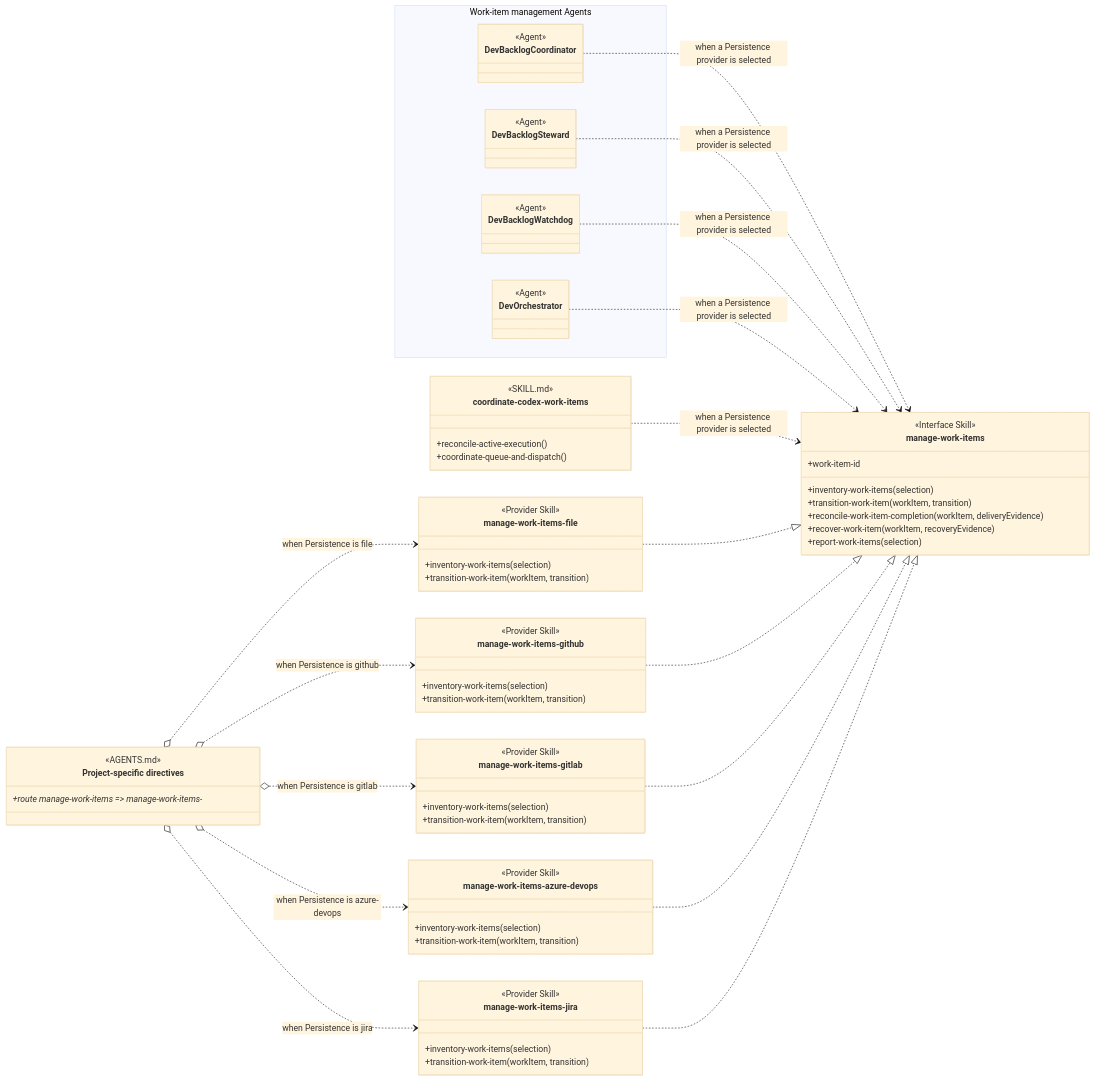
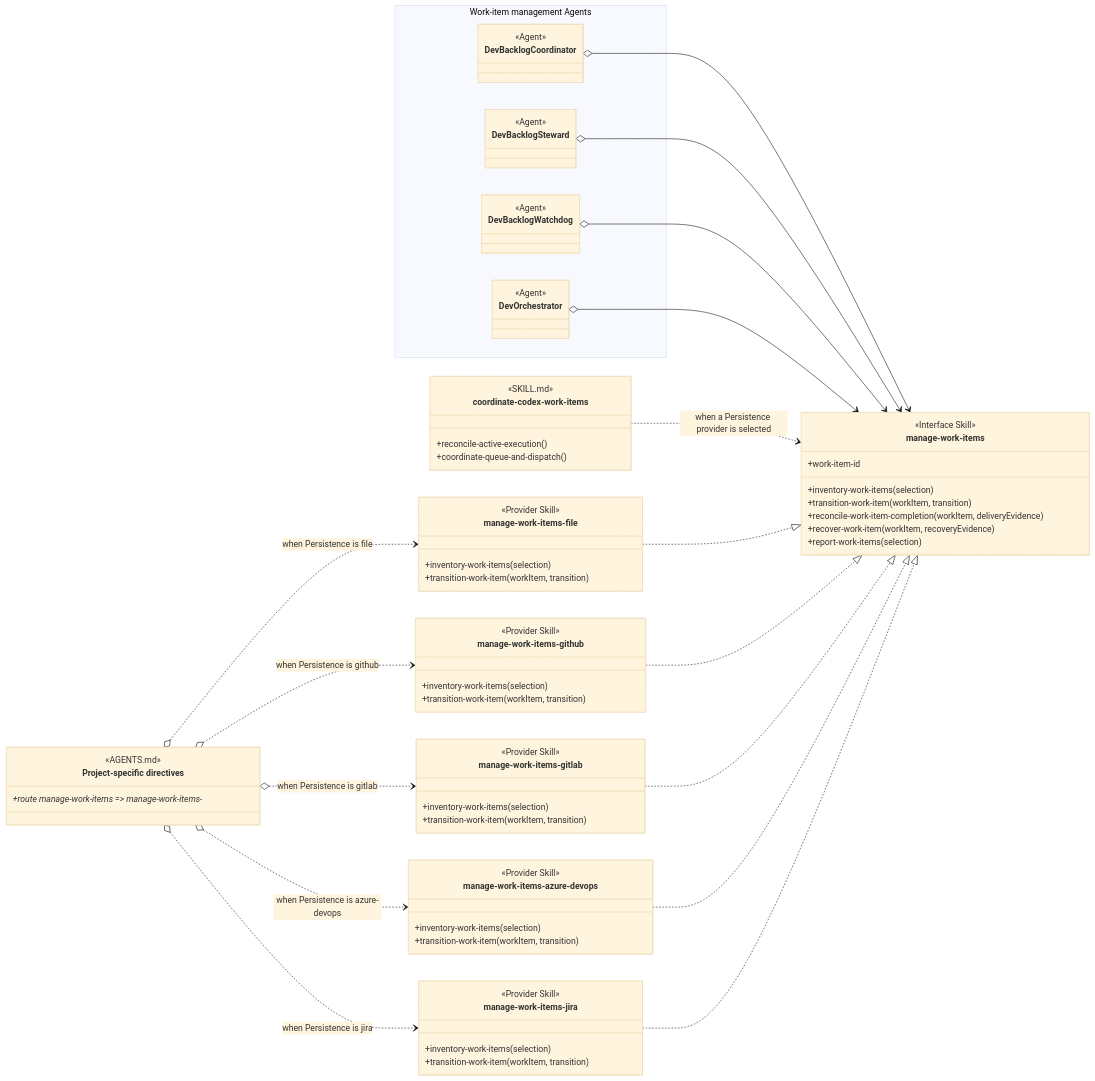
One commit to martinbechard/dev-methodology changed the third of 5 diagrams in design/skill-groups/backlog-management.md. Above: the diagram before and after it, drawn with Mermaid (base theme). The commit also changed 4 other files, not shown here.

```diff
--- a/design/skill-groups/backlog-management.md
+++ b/design/skill-groups/backlog-management.md
@@ -188,10 +188,10 @@
         +transition-work-item(workItem, transition)
     }
 
-    DevBacklogCoordinator ..> ManageWorkItem : when a Persistence provider is selected
-    DevBacklogSteward ..> ManageWorkItem : when a Persistence provider is selected
-    DevBacklogWatchdog ..> ManageWorkItem : when a Persistence provider is selected
-    DevOrchestrator ..> ManageWorkItem : when a Persistence provider is selected
+    DevBacklogCoordinator o--> ManageWorkItem
+    DevBacklogSteward o--> ManageWorkItem
+    DevBacklogWatchdog o--> ManageWorkItem
+    DevOrchestrator o--> ManageWorkItem
     coordinate-codex-work-items ..> ManageWorkItem : when a Persistence provider is selected
 
     ProjectSpecificDirectives o..> manage-work-items-file : when Persistence is file
```
